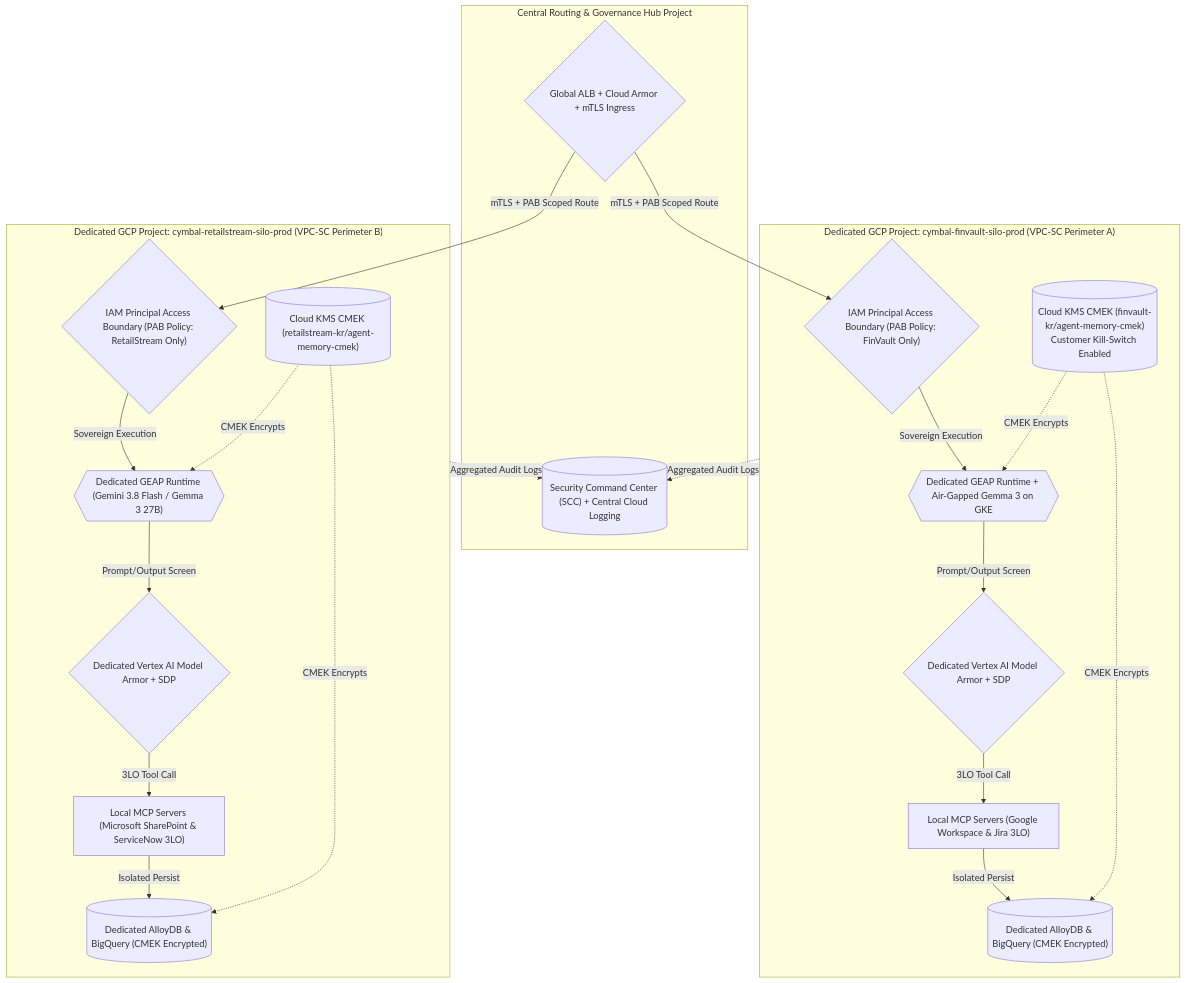
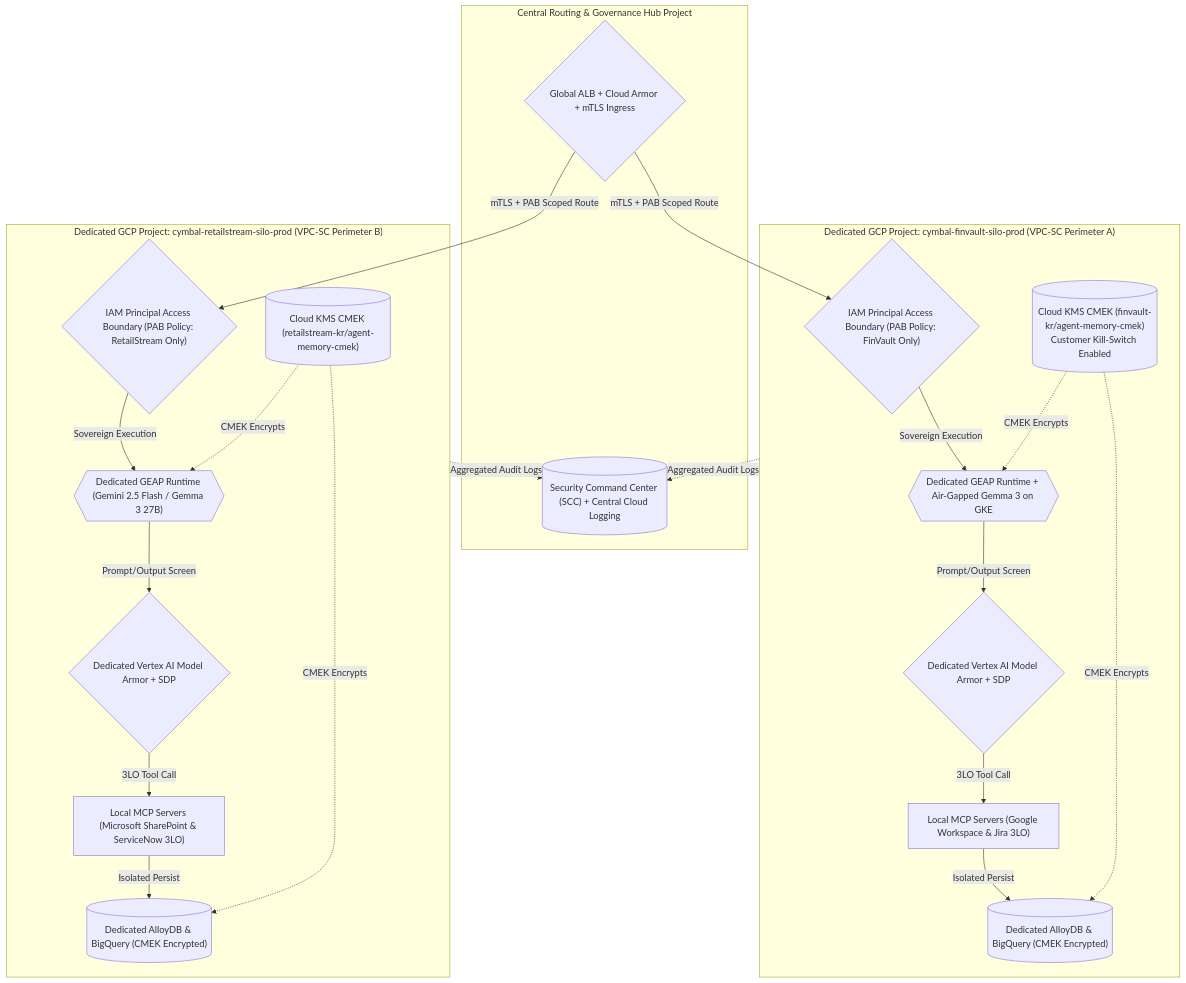
Before and after one commit to nitinaggarwal-12/blogs: the second of 3 diagrams in workstream-1-reference-architecture/1.1-architecture-taxonomy-and-diagrams.md, drawn with Mermaid. The commit also changed other lines of this file and 254 other files, not shown here.

````diff
--- a/workstream-1-reference-architecture/1.1-architecture-taxonomy-and-diagrams.md
+++ b/workstream-1-reference-architecture/1.1-architecture-taxonomy-and-diagrams.md
@@ -109,36 +109,36 @@
 ```mermaid
 flowchart TB
     subgraph RoutingHub["Central Routing & Governance Hub Project"]
         Edge{"Global ALB + Cloud Armor + mTLS Ingress"}
         SCC[("Security Command Center (SCC) + Central Cloud Logging")]
     end
 
     subgraph SiloAlpha["Dedicated GCP Project: cymbal-finvault-silo-prod (VPC-SC Perimeter A)"]
         PAB_A{"IAM Principal Access Boundary (PAB Policy: FinVault Only)"}
         KMS_A[("Cloud KMS CMEK (finvault-kr/agent-memory-cmek)<br/>Customer Kill-Switch Enabled")]
         Runtime_A{{"Dedicated GEAP Runtime + Air-Gapped Gemma 3 on GKE"}}
         Armor_A{"Dedicated Vertex AI Model Armor + SDP"}
         MCP_A["Local MCP Servers (Google Workspace & Jira 3LO)"]
         DB_A[("Dedicated AlloyDB & BigQuery (CMEK Encrypted)")]
     end
 
     subgraph SiloBeta["Dedicated GCP Project: cymbal-retailstream-silo-prod (VPC-SC Perimeter B)"]
         PAB_B{"IAM Principal Access Boundary (PAB Policy: RetailStream Only)"}
         KMS_B[("Cloud KMS CMEK (retailstream-kr/agent-memory-cmek)")]
-        Runtime_B{{"Dedicated GEAP Runtime (Gemini 3.8 Flash / Gemma 3 27B)"}}
+        Runtime_B{{"Dedicated GEAP Runtime (Gemini 2.5 Flash / Gemma 3 27B)"}}
         Armor_B{"Dedicated Vertex AI Model Armor + SDP"}
         MCP_B["Local MCP Servers (Microsoft SharePoint & ServiceNow 3LO)"]
         DB_B[("Dedicated AlloyDB & BigQuery (CMEK Encrypted)")]
     end
 
     Edge -->|mTLS + PAB Scoped Route| PAB_A
     Edge -->|mTLS + PAB Scoped Route| PAB_B
     PAB_A -->|Sovereign Execution| Runtime_A -->|Prompt/Output Screen| Armor_A -->|3LO Tool Call| MCP_A -->|Isolated Persist| DB_A
     KMS_A -.->|CMEK Encrypts| Runtime_A
     KMS_A -.->|CMEK Encrypts| DB_A
     PAB_B -->|Sovereign Execution| Runtime_B -->|Prompt/Output Screen| Armor_B -->|3LO Tool Call| MCP_B -->|Isolated Persist| DB_B
     KMS_B -.->|CMEK Encrypts| Runtime_B
     KMS_B -.->|CMEK Encrypts| DB_B
     SiloAlpha -.->|Aggregated Audit Logs| SCC
     SiloBeta -.->|Aggregated Audit Logs| SCC
 ```
````
